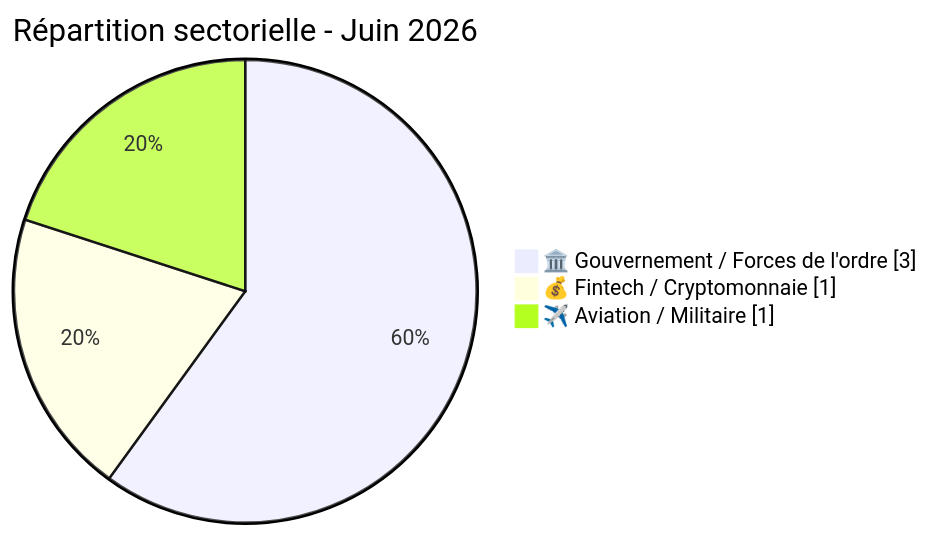
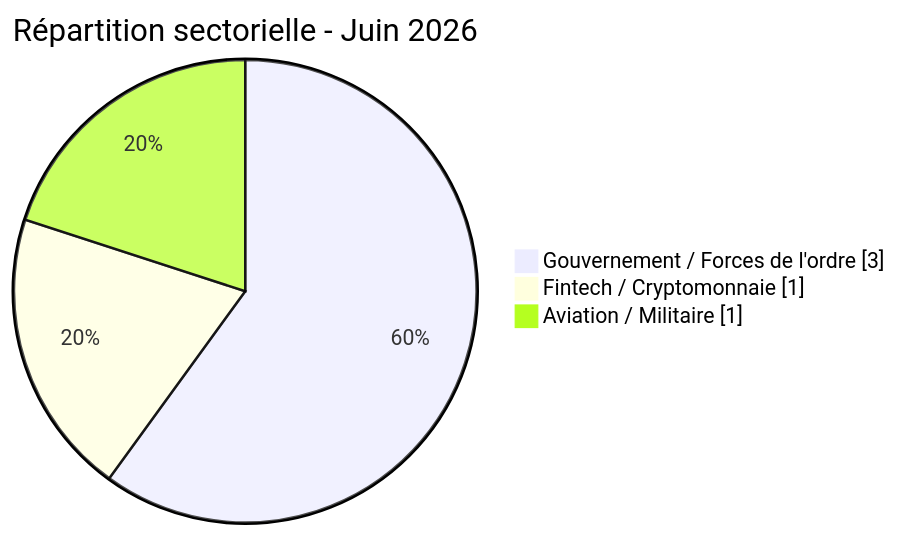
One commit to Hatchepsoute/AFRINTEL changed the third of 3 diagrams in CyberAttackAfrica/2026/06-june/README_FR.md. Above: the diagram before and after it, drawn with Mermaid. The commit also changed other lines of this file and 11 other files, not shown here.

First line of the commit message:
fix: remove all emojis from Mermaid labels in Jan-Jun 2026 reports

````diff
--- a/CyberAttackAfrica/2026/06-june/README_FR.md
+++ b/CyberAttackAfrica/2026/06-june/README_FR.md
@@ -89,7 +89,7 @@
 ```mermaid
 pie showData
-    title Répartition sectorielle - Juin 2026
-    "🏛️ Gouvernement / Forces de l'ordre" : 3
-    "💰 Fintech / Cryptomonnaie" : 1
-    "✈️ Aviation / Militaire" : 1
+ title Répartition sectorielle - Juin 2026
+ "Gouvernement / Forces de l'ordre" : 3
+ "Fintech / Cryptomonnaie" : 1
+ "Aviation / Militaire" : 1
 ```
````
